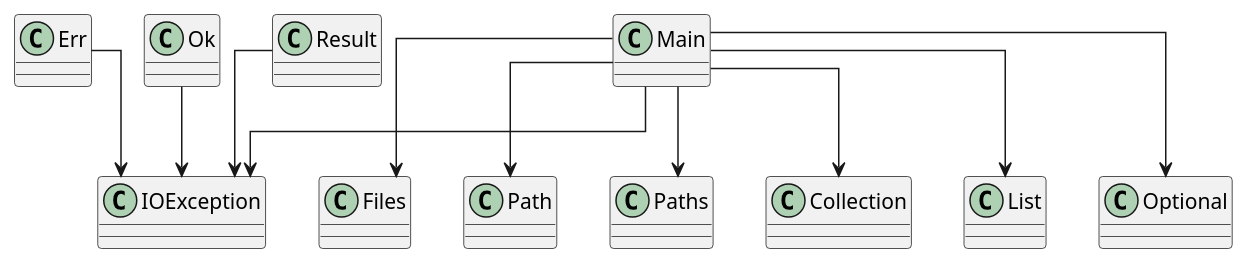
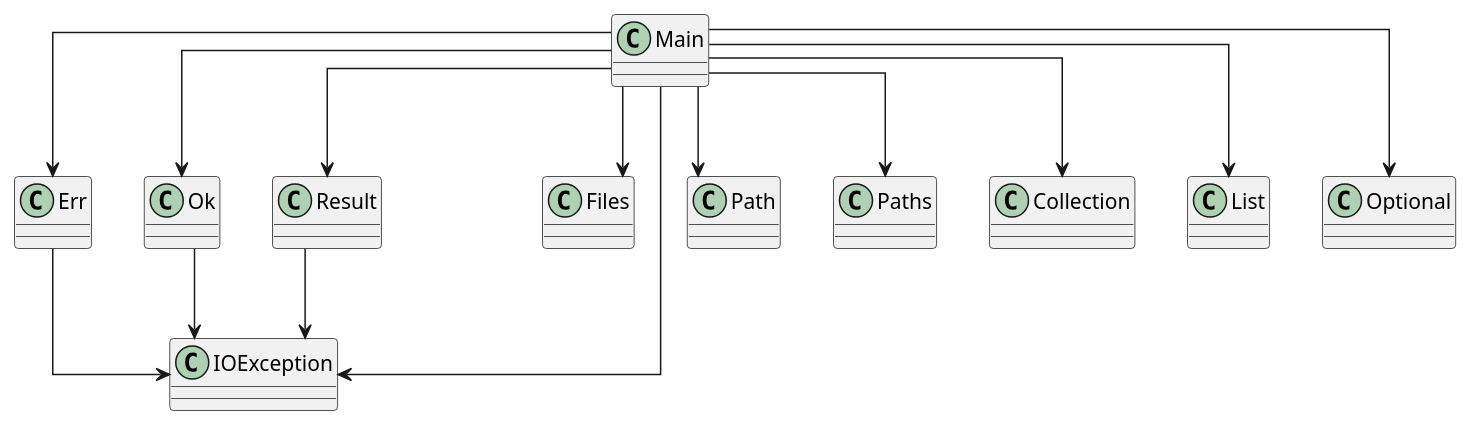
One commit to SirMathhman/Magma changed the diagram in diagram.puml. Above: the diagram before and after it, drawn with PlantUML. The commit also changed 4 other files, not shown here.

```diff
--- a/diagram.puml
+++ b/diagram.puml
@@ -1,15 +1,18 @@
 @startuml
 skinparam linetype ortho
 class Main
-Err --> IOException
+Main --> Err
+Main --> Ok
+Main --> Result
 Main --> IOException
 Main --> Files
 Main --> Path
 Main --> Paths
 Main --> Collection
 Main --> List
 Main --> Optional
+Err --> IOException
 Ok --> IOException
 Result --> IOException
 
 @enduml
```
